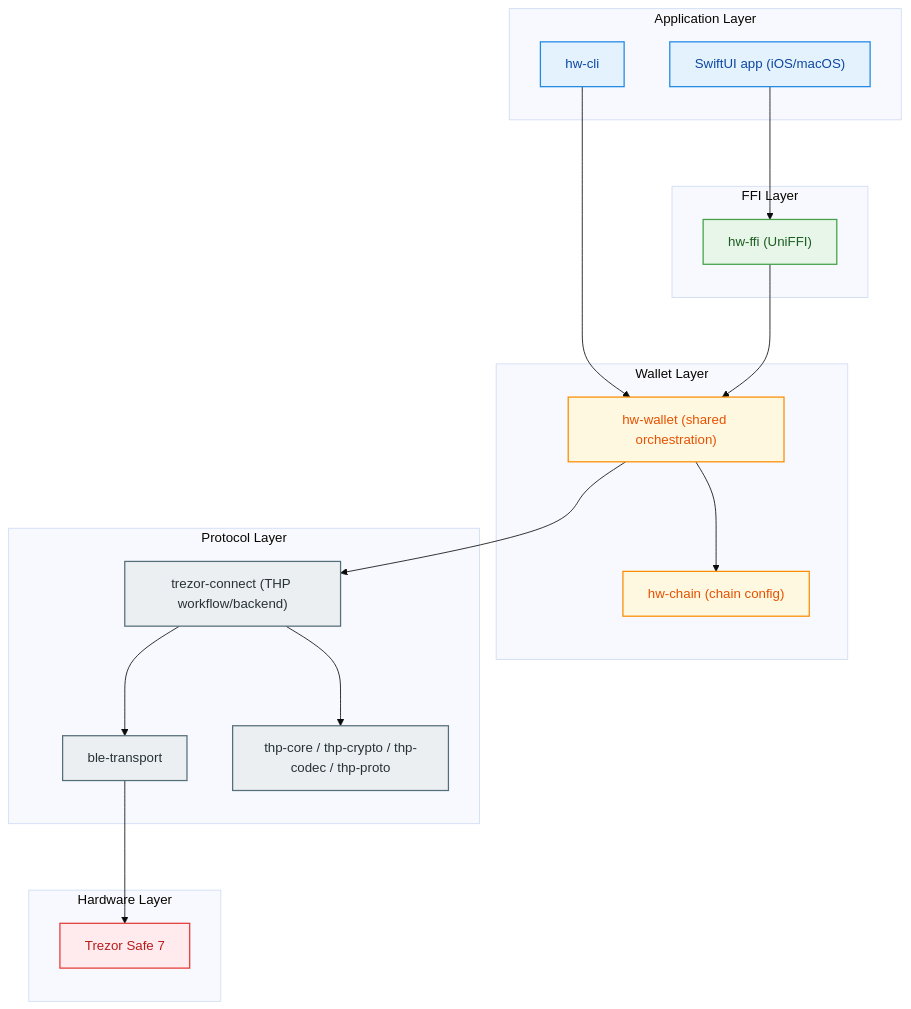
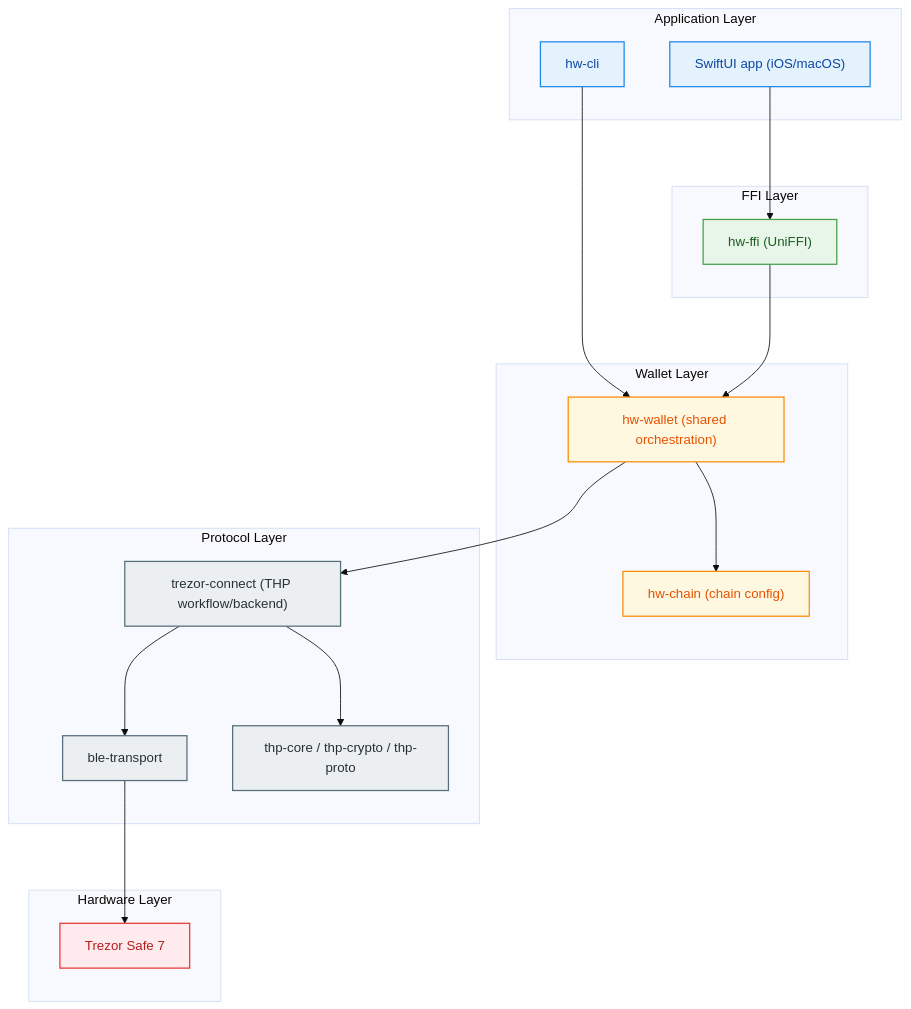
One commit to hewigovens/hw-core changed the diagram in README.md. Above: the diagram before and after it, drawn with Mermaid. The commit also changed other lines of this file and 39 other files, not shown here.

First line of the commit message:
Refactor: merge thp-codec into thp-crypto, code quality and docs (#18)

````diff
--- a/README.md
+++ b/README.md
@@ -23,48 +23,48 @@
 ```mermaid
 %%{init: {'theme':'base', 'flowchart': {'rankSpacing': 80, 'nodeSpacing': 55, 'curve': 'basis'}}}%%
 flowchart TB
   subgraph L1["Application Layer"]
     CLI["hw-cli"]
     APP["SwiftUI app (iOS/macOS)"]
   end
 
   subgraph L2["FFI Layer"]
     FFI["hw-ffi (UniFFI)"]
   end
 
   subgraph L3["Wallet Layer"]
     WALLET["hw-wallet (shared orchestration)"]
     CHAIN["hw-chain (chain config)"]
   end
 
   subgraph L4["Protocol Layer"]
     CONNECT["trezor-connect (THP workflow/backend)"]
     BLE["ble-transport"]
-    THP["thp-core / thp-crypto / thp-codec / thp-proto"]
+    THP["thp-core / thp-crypto / thp-proto"]
   end
 
   subgraph L5["Hardware Layer"]
     DEVICE["Trezor Safe 7"]
   end
 
   CLI --> WALLET
   APP --> FFI
   FFI --> WALLET
   WALLET --> CHAIN
   WALLET --> CONNECT
   CONNECT --> BLE
   CONNECT --> THP
   BLE --> DEVICE
 
   classDef appLayer fill:#E3F2FD,stroke:#1E88E5,color:#0D47A1,stroke-width:1.5px;
   classDef ffiLayer fill:#E8F5E9,stroke:#43A047,color:#1B5E20,stroke-width:1.5px;
   classDef walletLayer fill:#FFF8E1,stroke:#FB8C00,color:#E65100,stroke-width:1.5px;
   classDef protoLayer fill:#ECEFF1,stroke:#546E7A,color:#263238,stroke-width:1.5px;
   classDef hwLayer fill:#FFEBEE,stroke:#E53935,color:#B71C1C,stroke-width:1.5px;
 
   class CLI,APP appLayer;
   class FFI ffiLayer;
   class WALLET,CHAIN walletLayer;
   class CONNECT,BLE,THP protoLayer;
   class DEVICE hwLayer;
 ```
````
